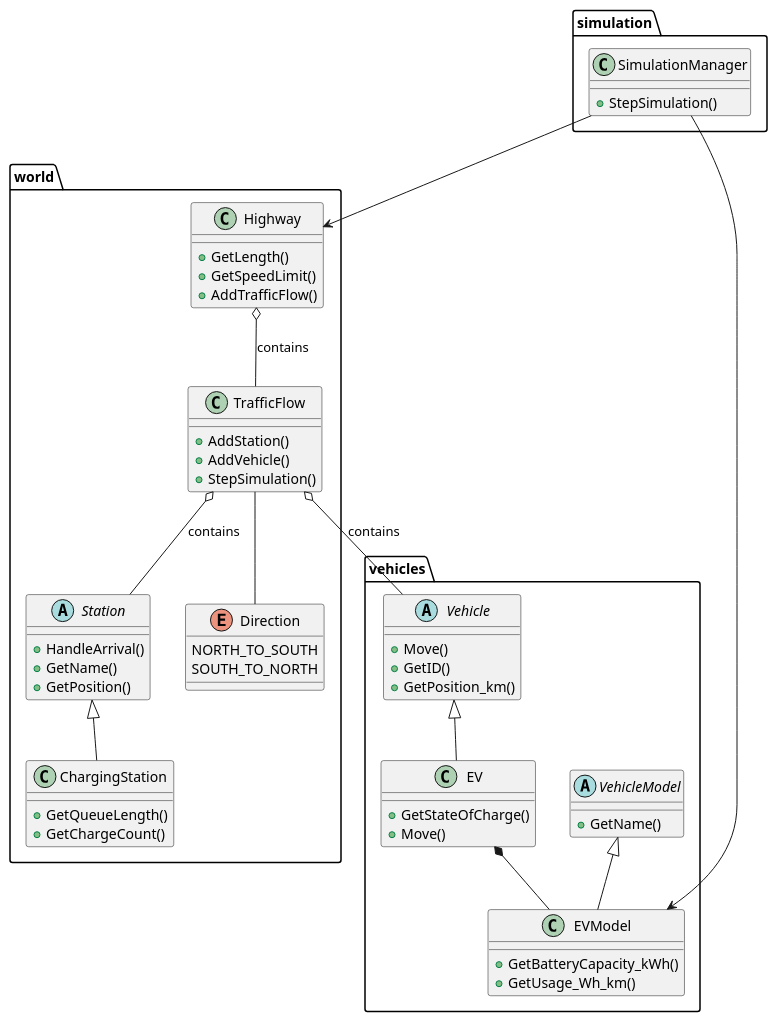
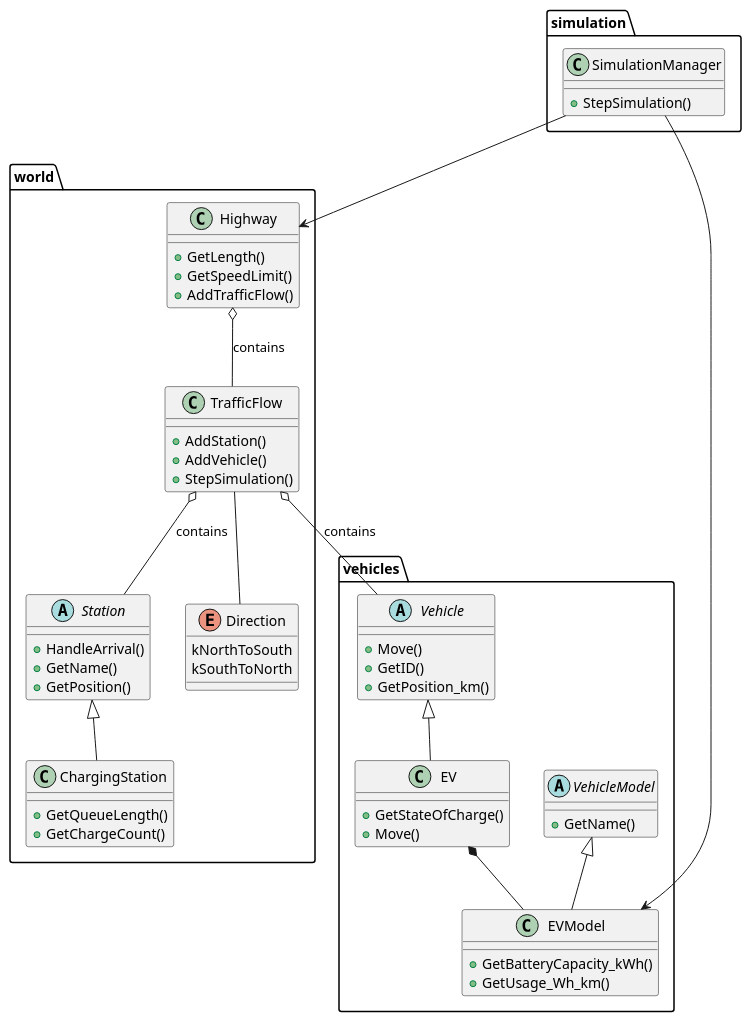
Before and after one commit to UnavailableDev/avans-ev-sim: the diagram in class_diagram.puml, drawn with PlantUML. The commit also changed 2 other files, not shown here.

```diff
--- a/class_diagram.puml
+++ b/class_diagram.puml
@@ -1,74 +1,74 @@
 @startuml EV_Simulation_Architecture
 
 namespace vehicles {
     abstract class VehicleModel {
         + GetName()
     }
 
     abstract class Vehicle {
         + Move()
         + GetID()
         + GetPosition_km()
     }
 
     class EVModel {
         + GetBatteryCapacity_kWh()
         + GetUsage_Wh_km()
     }
 
     class EV {
         + GetStateOfCharge()
         + Move()
     }
 
     VehicleModel <|-- EVModel
     Vehicle <|-- EV
     EV *-- EVModel
 }
 
 namespace world {
     abstract class Station {
         + HandleArrival()
         + GetName()
         + GetPosition()
     }
 
     class ChargingStation {
         + GetQueueLength()
         + GetChargeCount()
     }
 
     class Highway {
         + GetLength()
         + GetSpeedLimit()
         + AddTrafficFlow()
     }
 
     enum Direction {
-        NORTH_TO_SOUTH
-        SOUTH_TO_NORTH
+        kNorthToSouth
+        kSouthToNorth
     }
 
     class TrafficFlow {
         + AddStation()
         + AddVehicle()
         + StepSimulation()
     }
 
     Station <|-- ChargingStation
     Highway o-- TrafficFlow : contains
     TrafficFlow o-- Station : contains
     TrafficFlow o-- vehicles.Vehicle : contains
     TrafficFlow -- Direction
 }
 
 namespace simulation {
     class SimulationManager {
         + StepSimulation()
     }
 
     SimulationManager --> world.Highway
     SimulationManager --> vehicles.EVModel
 }
 
 @enduml
```
